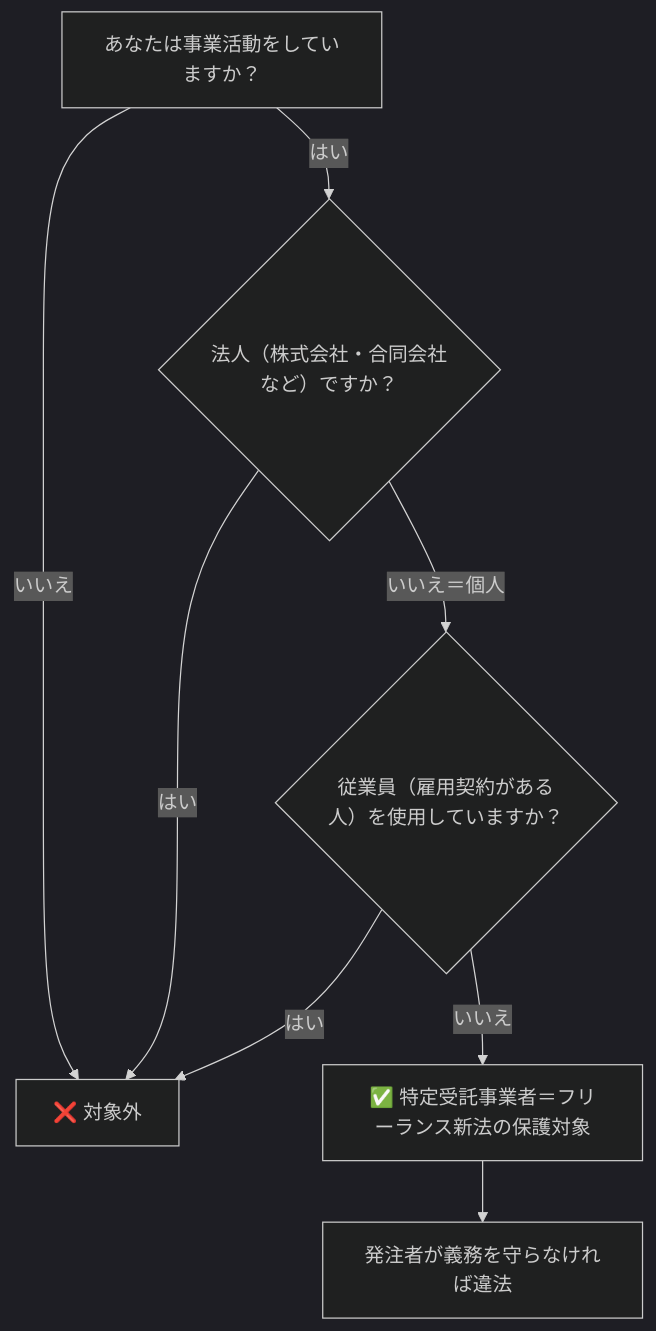
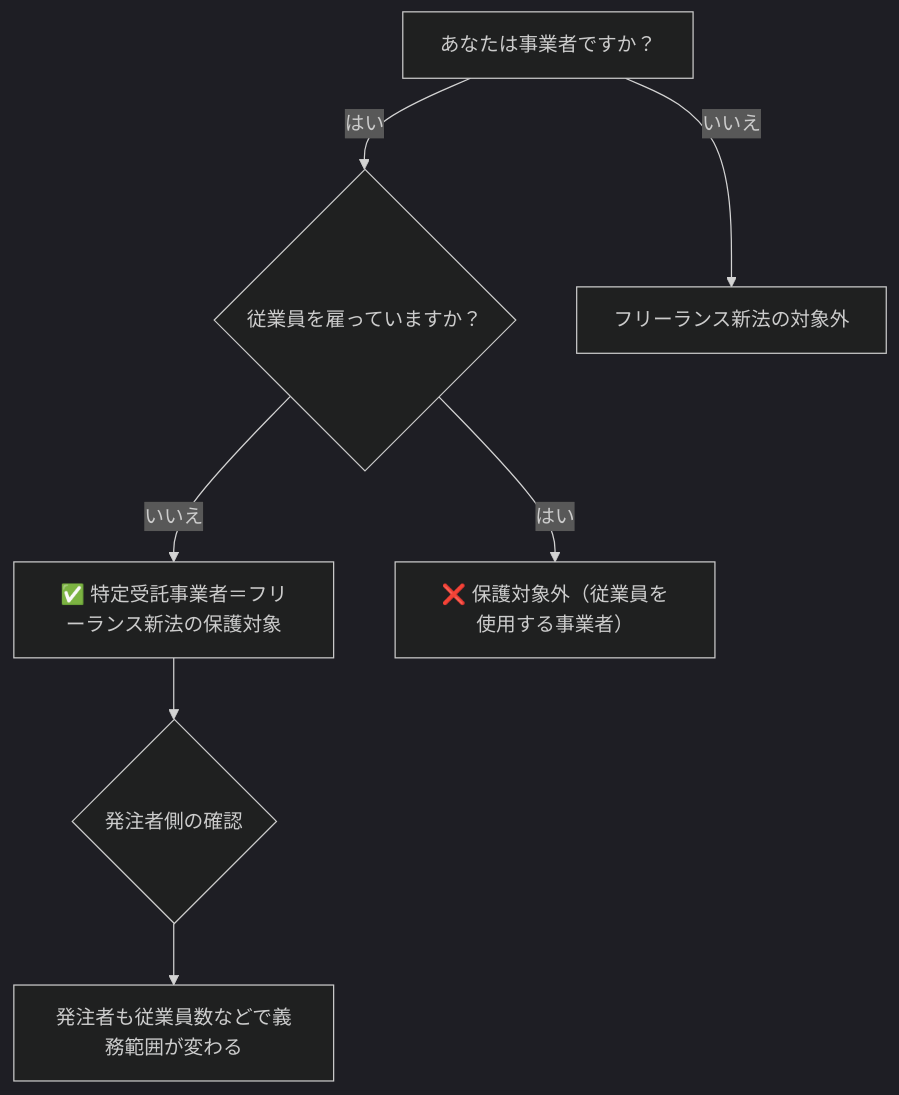
Before and after one commit to tukki-koh/freelance-articles: the diagram in 19_個人事業主とフリーランスの違い｜フリーランス新法の適用はどちらか.md, drawn with Mermaid (dark theme). The commit also changed other lines of this file, not shown here.

````diff
--- a/19_個人事業主とフリーランスの違い｜フリーランス新法の適用はどちらか.md
+++ b/19_個人事業主とフリーランスの違い｜フリーランス新法の適用はどちらか.md
@@ -47,10 +45,9 @@
-```mermaid
+~~~mermaid
 flowchart TD
-    A[あなたは事業活動をしていますか？] -->|はい| B{法人（株式会社・合同会社など）ですか？}
-    A -->|いいえ| Z[❌ 対象外]
-    B -->|はい| Z
-    B -->|いいえ＝個人| C{従業員（雇用契約がある人）を使用していますか？}
-    C -->|はい| Z
-    C -->|いいえ| D[✅ 特定受託事業者＝フリーランス新法の保護対象]
-    D --> E[発注者が義務を守らなければ違法]
-```
+    A[あなたは事業者ですか？] -->|はい| B{従業員を雇っていますか？}
+    A -->|いいえ| Z[フリーランス新法の対象外]
+    B -->|いいえ| C[✅ 特定受託事業者＝フリーランス新法の保護対象]
+    B -->|はい| D[❌ 保護対象外（従業員を使用する事業者）]
+    C --> E{発注者側の確認}
+    E --> F[発注者も従業員数などで義務範囲が変わる]
+~~~
````
